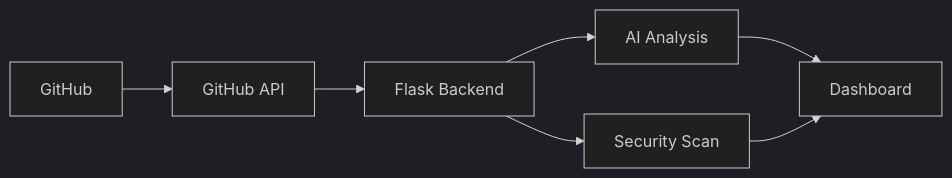
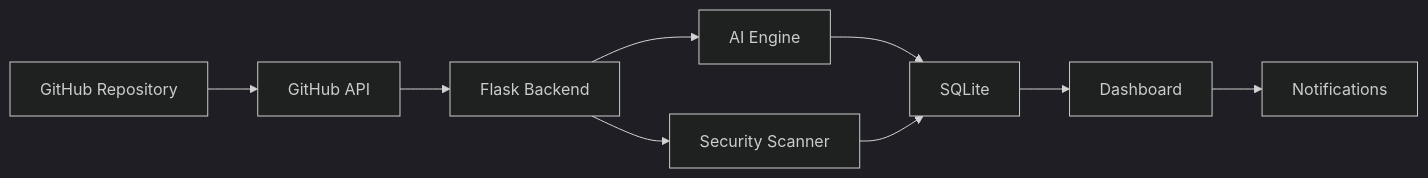
One commit to aishumara2005/GitPulse changed the diagram in README.md. Above: the diagram before and after it, drawn with Mermaid (dark theme). The commit also changed other lines of this file, not shown here.

````diff
--- a/README.md
+++ b/README.md
@@ -36,9 +54,11 @@
-```mermaid
+``` mermaid
 flowchart LR
-A[GitHub]-->B[GitHub API]
+A[GitHub Repository]-->B[GitHub API]
 B-->C[Flask Backend]
-C-->D[AI Analysis]
-C-->E[Security Scan]
-D-->F[Dashboard]
+C-->D[AI Engine]
+C-->E[Security Scanner]
+D-->F[SQLite]
 E-->F
+F-->G[Dashboard]
+G-->H[Notifications]
 ```
````
